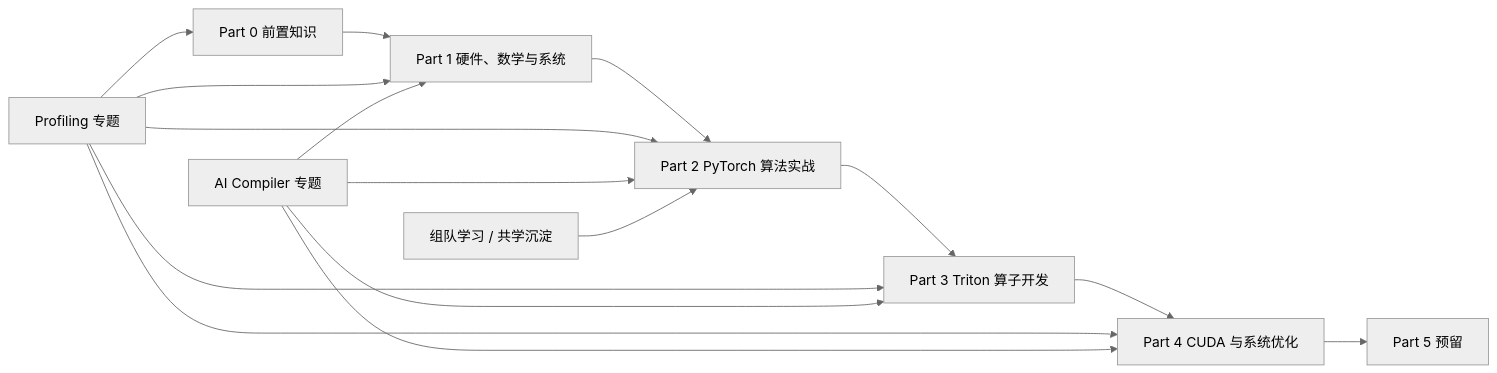
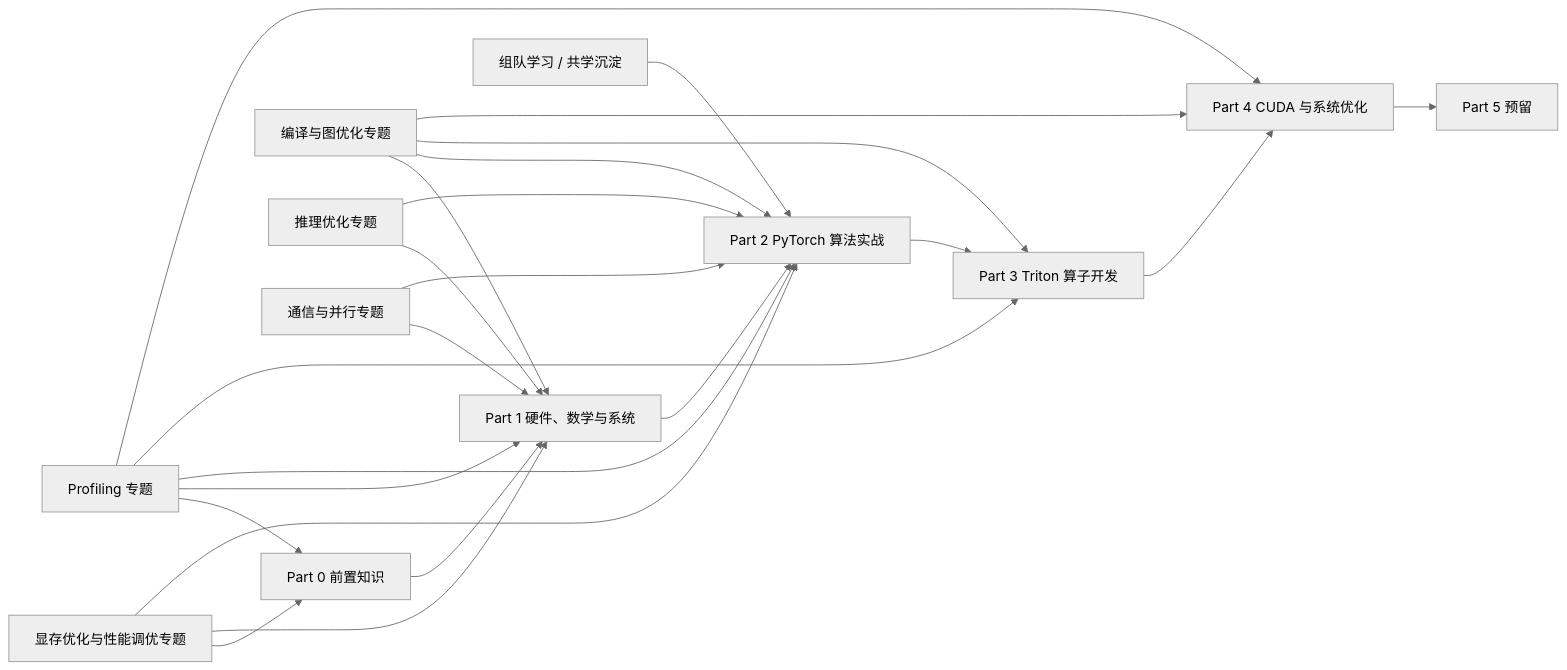
One commit to datawhalechina/llm-algo-leetcode changed the first of 2 diagrams in README.md. Above: the diagram before and after it, drawn with Mermaid (neutral theme). The commit also changed other lines of this file and 6 other files, not shown here.

````diff
--- a/README.md
+++ b/README.md
@@ -46,21 +53,31 @@
 ```mermaid
 flowchart LR
   P0["Part 0 前置知识"] --> P1["Part 1 硬件、数学与系统"]
   P1 --> P2["Part 2 PyTorch 算法实战"]
   P2 --> P3["Part 3 Triton 算子开发"]
   P3 --> P4["Part 4 CUDA 与系统优化"]
   P4 --> P5["Part 5 预留"]
 
   Profiling["Profiling 专题"] --> P0
   Profiling --> P1
   Profiling --> P2
   Profiling --> P3
   Profiling --> P4
 
-  Compiler["AI Compiler 专题"] --> P1
+  Compiler["编译与图优化专题"] --> P1
   Compiler --> P2
   Compiler --> P3
   Compiler --> P4
 
+  Inference["推理优化专题"] --> P1
+  Inference --> P2
+
+  Parallel["通信与并行专题"] --> P1
+  Parallel --> P2
+
+  Memory["显存优化与性能调优专题"] --> P0
+  Memory --> P1
+  Memory --> P2
+
   Study["组队学习 / 共学沉淀"] --> P2
 ```
````
